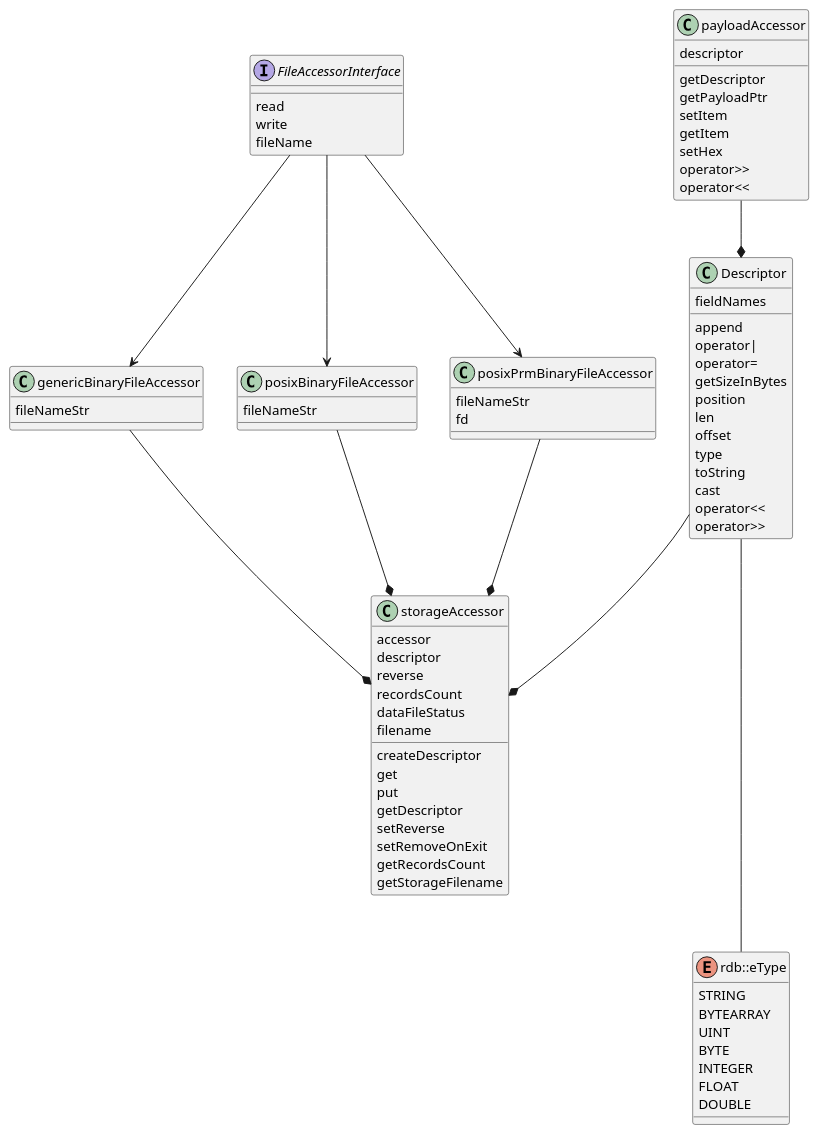
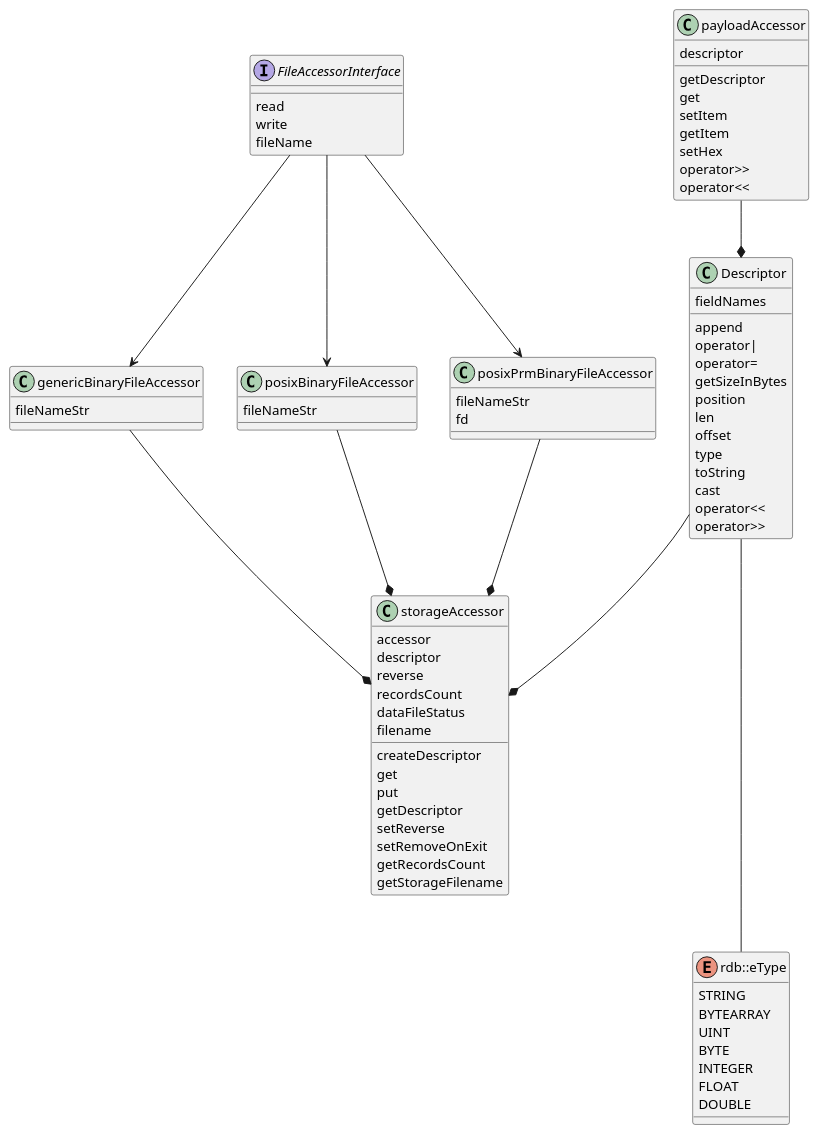
One commit to michalwidera/retractordb changed the diagram in src/include/rdb/UML/rdb.puml. Above: the diagram before and after it, drawn with PlantUML. The commit also changed 3 other files, not shown here.

Commit message:
getPayloadPtr is now get

```diff
--- a/src/include/rdb/UML/rdb.puml
+++ b/src/include/rdb/UML/rdb.puml
@@ -1,95 +1,95 @@
 @startuml
 
 class Descriptor {
     {field} fieldNames
 
     {method} append
     {method} operator|
     {method} operator=
     {method} getSizeInBytes
     {method} position
     {method} len
     {method} offset
     {method} type
     {method} toString
     {method} cast
     {method} operator<<
     {method} operator>>
 }
 
 class genericBinaryFileAccessor {
     {field} fileNameStr
 }
 
 
 class posixBinaryFileAccessor {
     {field} fileNameStr
 }
 
 class posixPrmBinaryFileAccessor {
     {field} fileNameStr
     {field} fd
 }
 
 
 interface FileAccessorInterface {
     {method} read
     {method} write
     {method} fileName
 }
 
 class payloadAccessor {
     {field} descriptor
 
     {method} getDescriptor
-    {method} getPayloadPtr
+    {method} get
     {method} setItem
     {method} getItem
     {method} setHex
     {method} operator>>
     {method} operator<<
 }
 
 class storageAccessor {
     {field} accessor
     {field} descriptor
     {field} reverse
     {field} recordsCount
     {field} dataFileStatus
     {field} filename
 
     {method} createDescriptor
     {method} get
     {method} put
     {method} getDescriptor
     {method} setReverse
     {method} setRemoveOnExit
     {method} getRecordsCount
     {method} getStorageFilename
 }
 
 enum rdb::eType {
     STRING
     BYTEARRAY
     UINT
     BYTE
     INTEGER
     FLOAT
     DOUBLE
 }
 
 FileAccessorInterface --> genericBinaryFileAccessor
 FileAccessorInterface --> posixBinaryFileAccessor
 FileAccessorInterface --> posixPrmBinaryFileAccessor
 
 genericBinaryFileAccessor --* storageAccessor
 posixBinaryFileAccessor --* storageAccessor
 posixPrmBinaryFileAccessor --* storageAccessor
 
 Descriptor --* storageAccessor
 
 Descriptor --- rdb::eType
 
 payloadAccessor --* Descriptor
 
 @enduml
```
